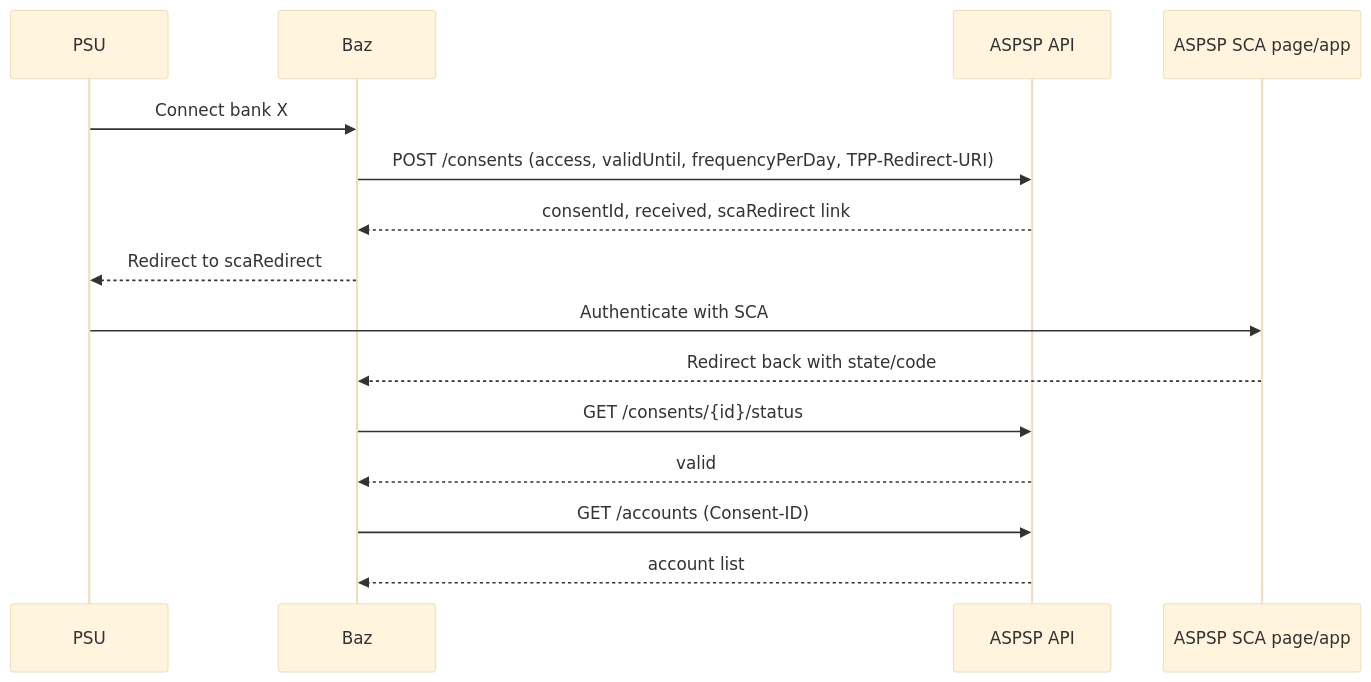
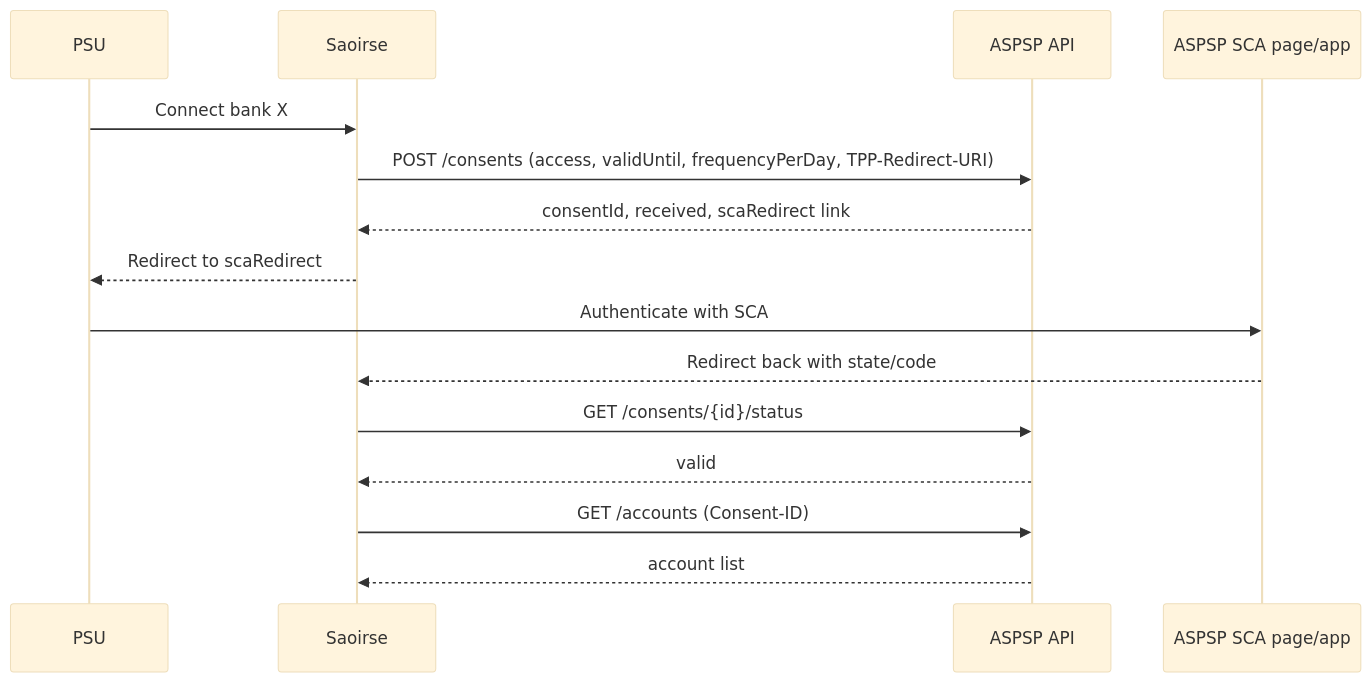
The first of 7 diagrams in src/content/docs/open-banking/roadmap.md (chris-88/saoi-docs), drawn with Mermaid (base theme) before and after one commit. The commit also changed other lines of this file and 8 other files, not shown here.

````diff
--- a/src/content/docs/open-banking/roadmap.md
+++ b/src/content/docs/open-banking/roadmap.md
@@ -37,17 +37,17 @@
 ```mermaid
 sequenceDiagram
   participant P as PSU
-  participant B as Baz
+  participant B as Saoirse
   participant A as ASPSP API
   participant S as ASPSP SCA page/app
   P->>B: Connect bank X
   B->>A: POST /consents (access, validUntil, frequencyPerDay, TPP-Redirect-URI)
   A-->>B: consentId, received, scaRedirect link
   B-->>P: Redirect to scaRedirect
   P->>S: Authenticate with SCA
   S-->>B: Redirect back with state/code
   B->>A: GET /consents/{id}/status
   A-->>B: valid
   B->>A: GET /accounts (Consent-ID)
   A-->>B: account list
 ```
````
